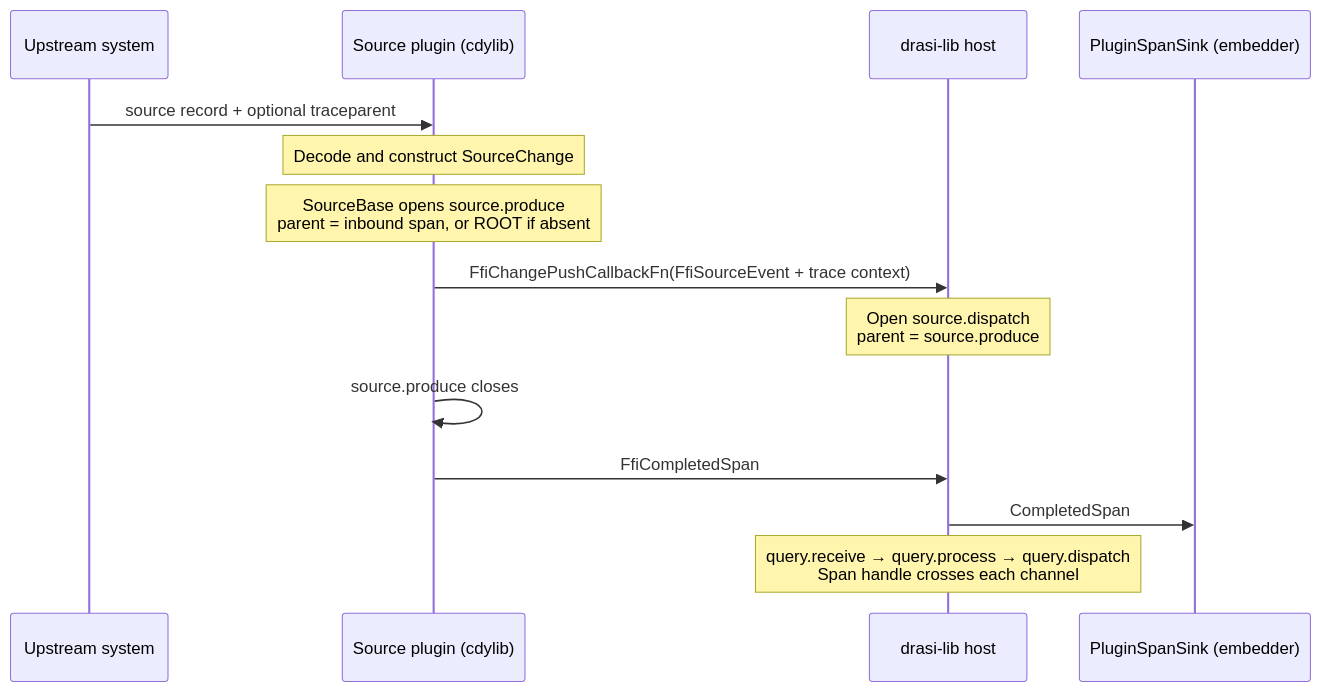
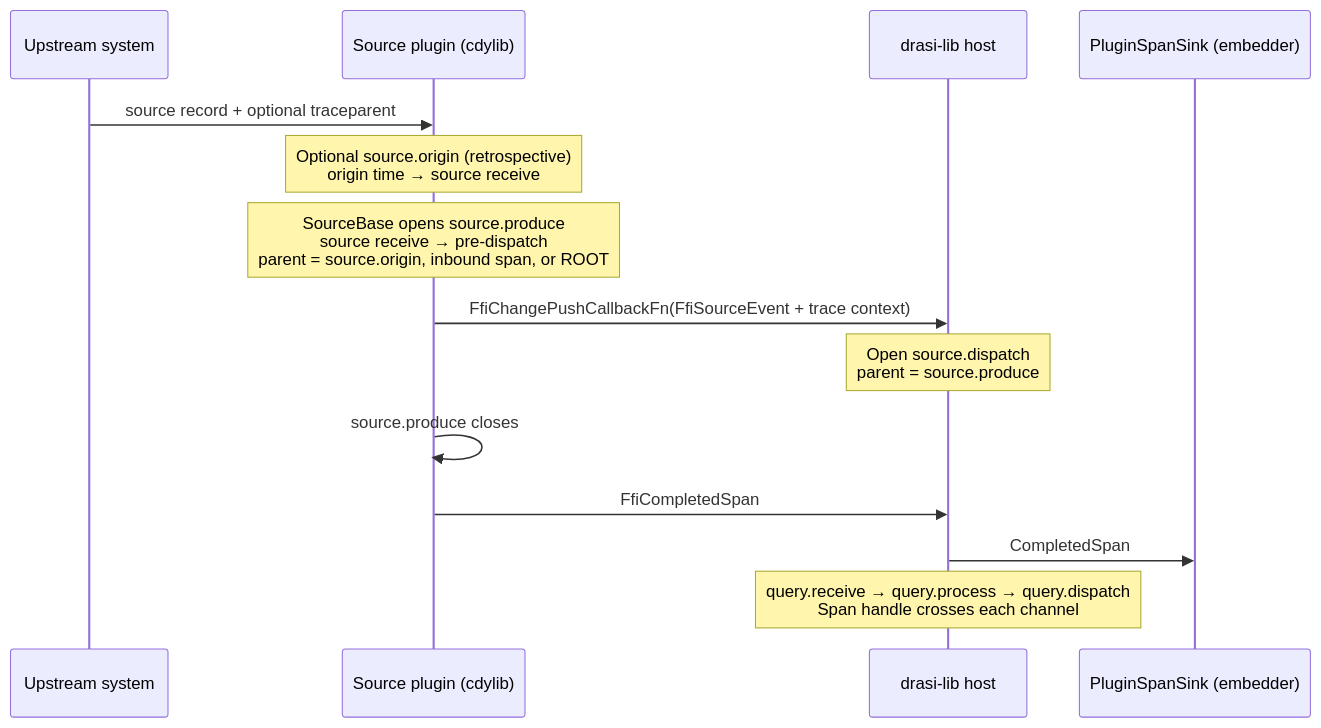
One commit to drasi-project/design-documents changed the first of 5 diagrams in drasi-lib/tracing-logging/01-tracing.md. Above: the diagram before and after it, drawn with Mermaid. The commit also changed other lines of this file and 1 other file, not shown here.

````diff
--- a/drasi-lib/tracing-logging/01-tracing.md
+++ b/drasi-lib/tracing-logging/01-tracing.md
@@ -131,17 +132,17 @@
 ```mermaid
 sequenceDiagram
   participant U as Upstream system
   participant SP as Source plugin (cdylib)
   participant H as drasi-lib host
   participant SK as PluginSpanSink (embedder)
 
   U->>SP: source record + optional traceparent
-  Note over SP: Decode and construct SourceChange
-  Note over SP: SourceBase opens source.produce<br/>parent = inbound span, or ROOT if absent
+  Note over SP: Optional source.origin (retrospective)<br/>origin time → source receive
+  Note over SP: SourceBase opens source.produce<br/>source receive → pre-dispatch<br/>parent = source.origin, inbound span, or ROOT
   SP->>H: FfiChangePushCallbackFn(FfiSourceEvent + trace context)
   Note over H: Open source.dispatch<br/>parent = source.produce
   SP->>SP: source.produce closes
   SP->>H: FfiCompletedSpan
   H->>SK: CompletedSpan
   Note over H: query.receive → query.process → query.dispatch<br/>Span handle crosses each channel
 ```
````
